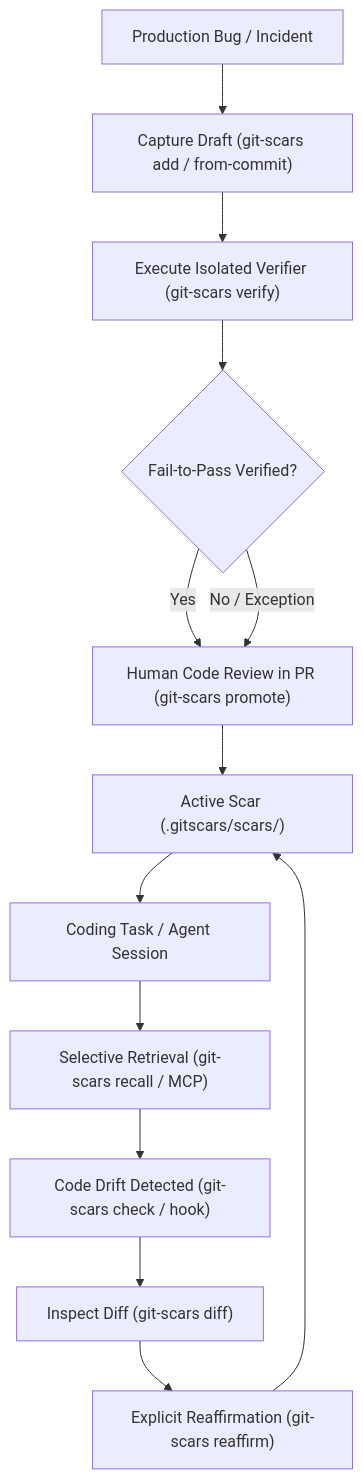
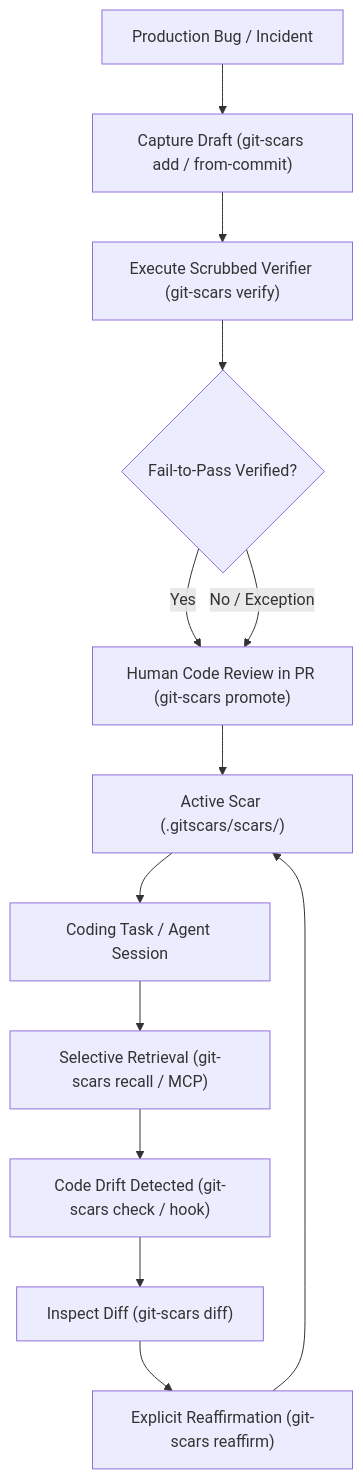
One commit to Pavanspoojary/scars changed the diagram in README.md. Above: the diagram before and after it, drawn with Mermaid. The commit also changed other lines of this file and 1 other file, not shown here.

````diff
--- a/README.md
+++ b/README.md
@@ -63,16 +86,16 @@
 ```mermaid
 flowchart TD
     A["Production Bug / Incident"] --> B["Capture Draft (git-scars add / from-commit)"]
-    B --> C["Execute Isolated Verifier (git-scars verify)"]
+    B --> C["Execute Scrubbed Verifier (git-scars verify)"]
     C --> D{"Fail-to-Pass Verified?"}
     D -- Yes --> E["Human Code Review in PR (git-scars promote)"]
     D -- No / Exception --> E
     E --> F["Active Scar (.gitscars/scars/)"]
     
     F --> G["Coding Task / Agent Session"]
     G --> H["Selective Retrieval (git-scars recall / MCP)"]
     H --> I["Code Drift Detected (git-scars check / hook)"]
     I --> J["Inspect Diff (git-scars diff)"]
     J --> K["Explicit Reaffirmation (git-scars reaffirm)"]
     K --> F
 ```
````
